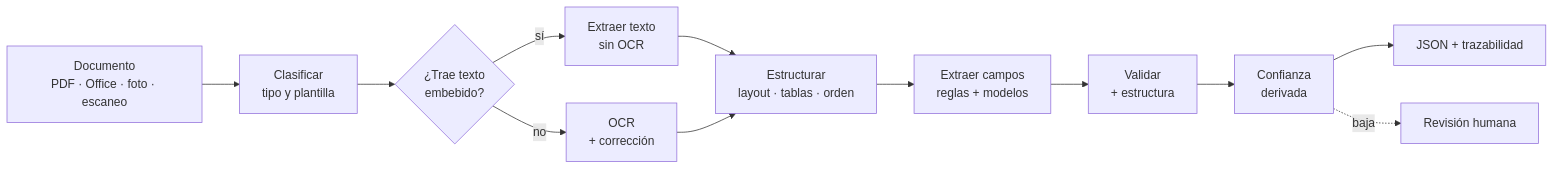
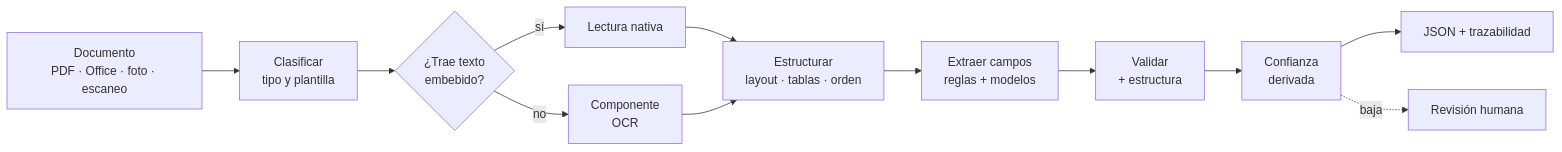
Before and after one commit to mariogarcia-ar/docflow: the second of 5 diagrams in README.md, drawn with Mermaid. The commit also changed other lines of this file, not shown here.

Commit message:
Enhance README.md with detailed OCR component description and correction methodology

````diff
--- a/README.md
+++ b/README.md
@@ -9,14 +70,14 @@
 ```mermaid
 graph LR
     A["Documento<br/>PDF · Office · foto · escaneo"] --> B["Clasificar<br/>tipo y plantilla"]
     B --> C{"¿Trae texto<br/>embebido?"}
-    C -->|sí| D["Extraer texto<br/>sin OCR"]
-    C -->|no| E["OCR<br/>+ corrección"]
+    C -->|sí| D["Lectura nativa"]
+    C -->|no| E["Componente<br/>OCR"]
     D --> F["Estructurar<br/>layout · tablas · orden"]
     E --> F
     F --> G["Extraer campos<br/>reglas + modelos"]
     G --> H["Validar<br/>+ estructura"]
     H --> I["Confianza<br/>derivada"]
     I --> J["JSON + trazabilidad"]
     I -.baja.-> K["Revisión humana"]
 ```
````
